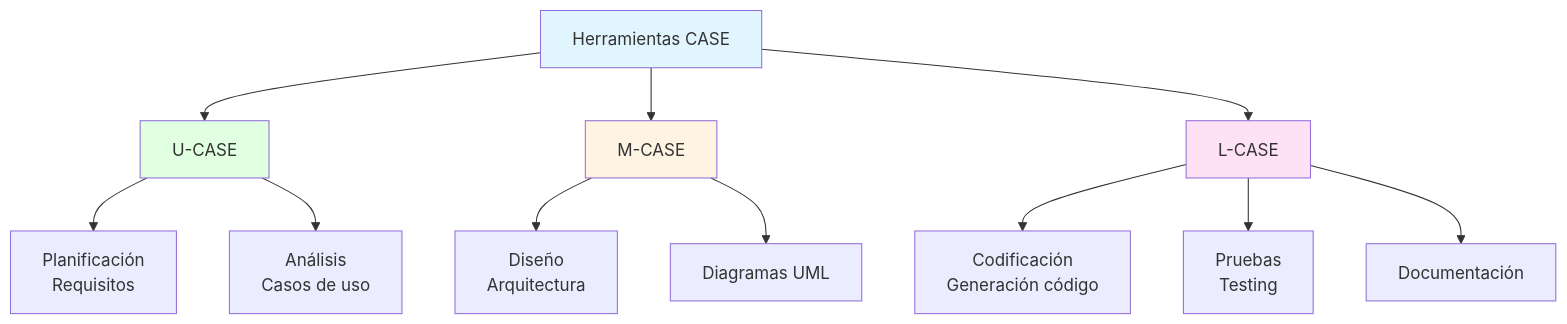
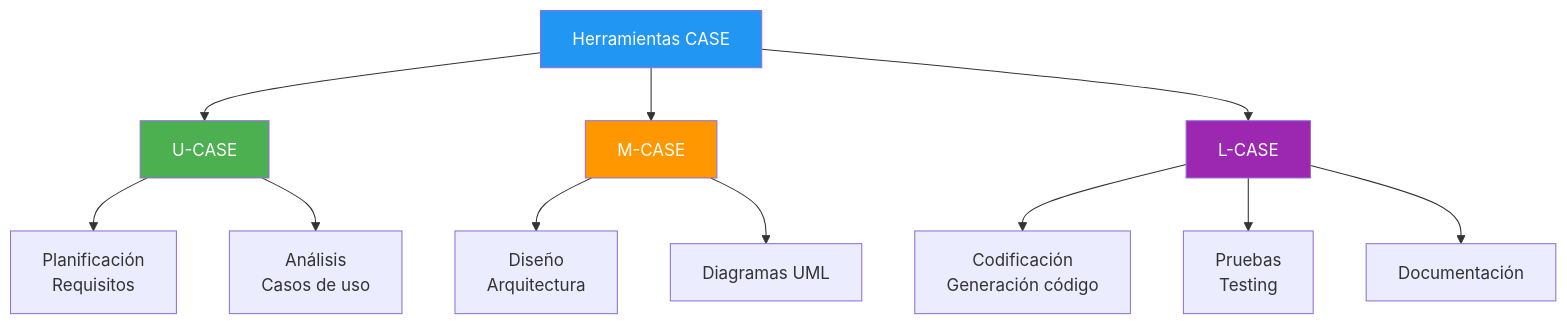
One commit to joseluisgs/EntornosDesarrollo-01-2026-2027 changed the second of 4 diagrams in 07-herramientas-apoyo.md. Above: the diagram before and after it, drawn with Mermaid. The commit also changed other lines of this file and 9 other files, not shown here.

Commit message:
[fix] Mejoras didácticas y corrección de colores Mermaid en UD01

````diff
--- a/07-herramientas-apoyo.md
+++ b/07-herramientas-apoyo.md
@@ -78,19 +78,19 @@
 ```mermaid
 graph TD
     A[Herramientas CASE] --> B[U-CASE]
     A --> C[M-CASE]
     A --> D[L-CASE]
 
     B --> B1[Planificación<br/>Requisitos]
     B --> B2[Análisis<br/>Casos de uso]
     C --> C1[Diseño<br/>Arquitectura]
     C --> C2[Diagramas UML]
     D --> D3[Codificación<br/>Generación código]
     D --> D4[Pruebas<br/>Testing]
     D --> D5[Documentación]
 
-    style A fill:#e1f5ff
-    style B fill:#e1ffe1
-    style C fill:#fff4e1
-    style D fill:#ffe1f5
+    style A fill:#2196F3,color:#fff
+    style B fill:#4CAF50,color:#fff
+    style C fill:#FF9800,color:#fff
+    style D fill:#9C27B0,color:#fff
 ```
````
